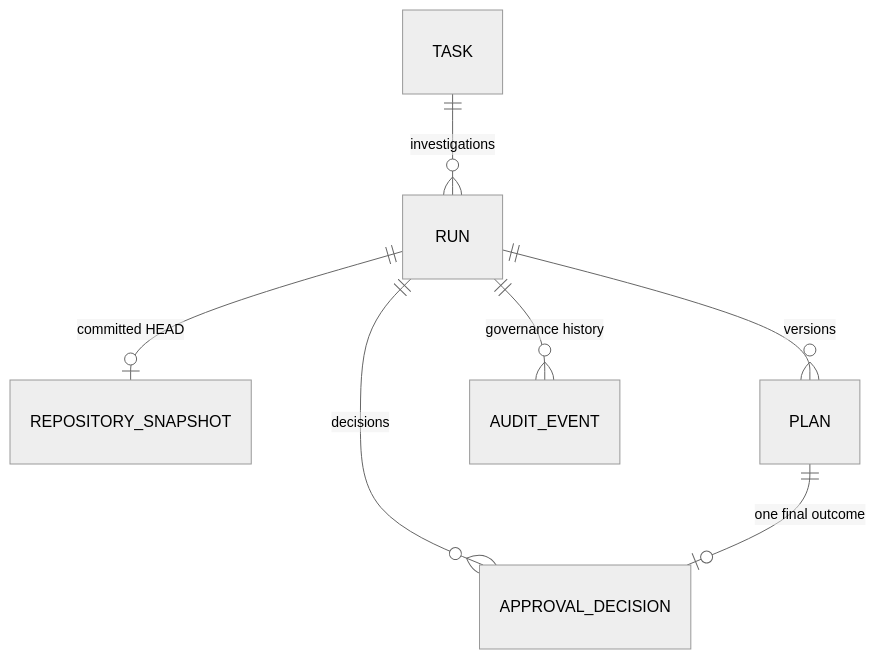
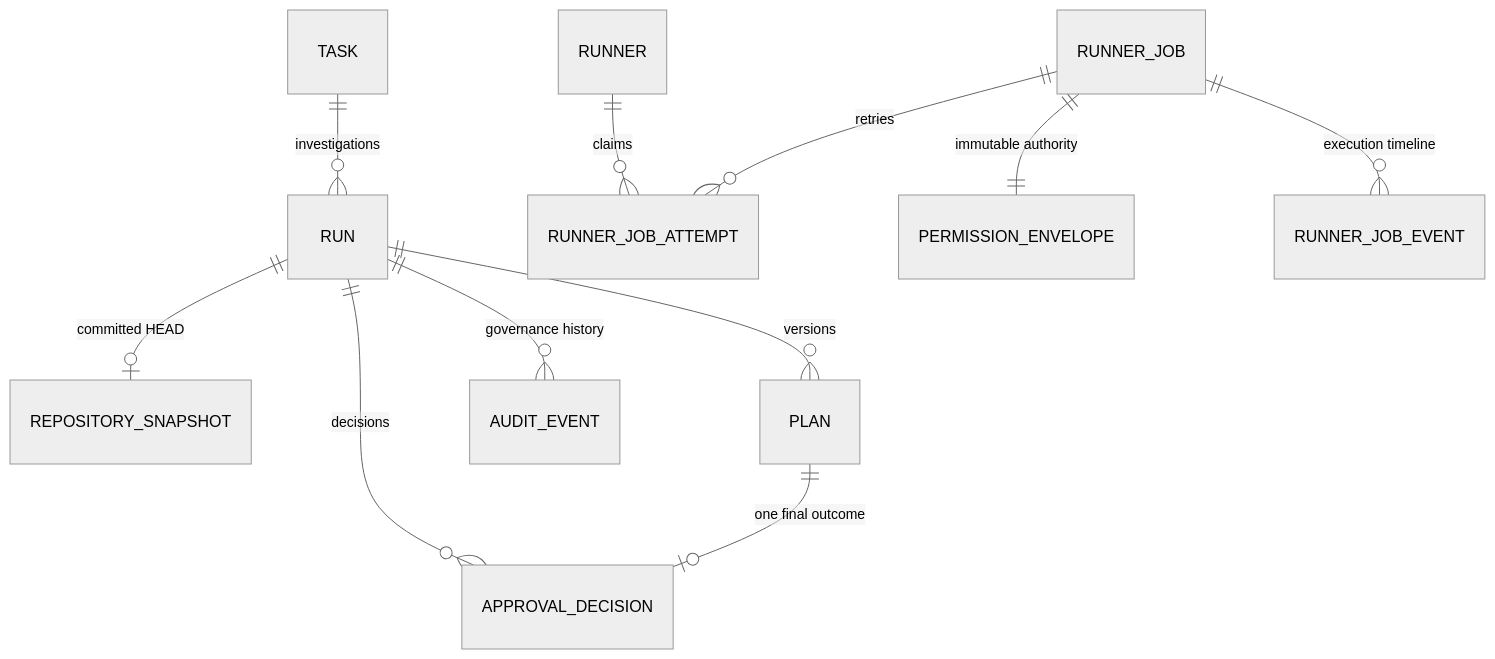
The diagram in docs/architecture/data-model.md (dankk0220abc-prog/visual-engineer), drawn with Mermaid (neutral theme) before and after one commit. The commit also changed other lines of this file and 85 other files, not shown here.

````diff
--- a/docs/architecture/data-model.md
+++ b/docs/architecture/data-model.md
@@ -80,9 +116,13 @@
 ```mermaid
 erDiagram
     TASK ||--o{ RUN : "investigations"
     RUN ||--o| REPOSITORY_SNAPSHOT : "committed HEAD"
     RUN ||--o{ PLAN : "versions"
     RUN ||--o{ APPROVAL_DECISION : "decisions"
     PLAN ||--o| APPROVAL_DECISION : "one final outcome"
     RUN ||--o{ AUDIT_EVENT : "governance history"
+    RUNNER ||--o{ RUNNER_JOB_ATTEMPT : "claims"
+    RUNNER_JOB ||--|| PERMISSION_ENVELOPE : "immutable authority"
+    RUNNER_JOB ||--o{ RUNNER_JOB_ATTEMPT : "retries"
+    RUNNER_JOB ||--o{ RUNNER_JOB_EVENT : "execution timeline"
 ```
````
